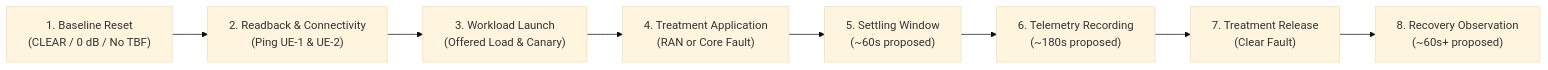
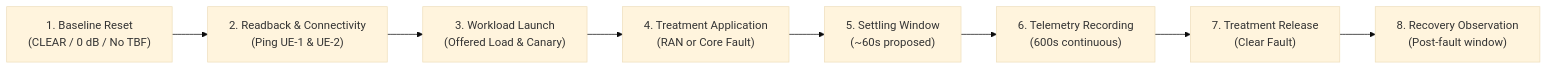
Before and after one commit to IdhulRahman/Thesis: the diagram in docs/experiments/methodology.md, drawn with Mermaid (base theme). The commit also changed other lines of this file and 6 other files, not shown here.

````diff
--- a/docs/experiments/methodology.md
+++ b/docs/experiments/methodology.md
@@ -161,10 +161,10 @@
 ```mermaid
 flowchart LR
     A["1. Baseline Reset\n(CLEAR / 0 dB / No TBF)"] --> B["2. Readback & Connectivity\n(Ping UE-1 & UE-2)"]
     B --> C["3. Workload Launch\n(Offered Load & Canary)"]
     C --> D["4. Treatment Application\n(RAN or Core Fault)"]
     D --> E["5. Settling Window\n(~60s proposed)"]
-    E --> F["6. Telemetry Recording\n(~180s proposed)"]
+    E --> F["6. Telemetry Recording\n(600s continuous)"]
     F --> G["7. Treatment Release\n(Clear Fault)"]
-    G --> H["8. Recovery Observation\n(~60s+ proposed)"]
+    G --> H["8. Recovery Observation\n(Post-fault window)"]
 ```
````
